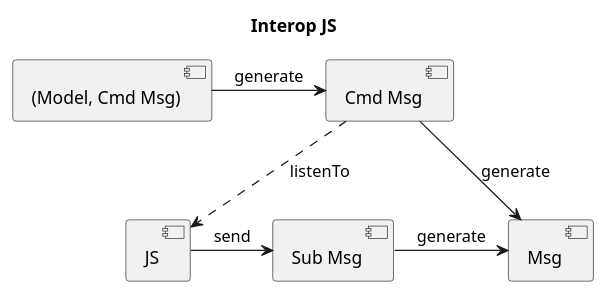
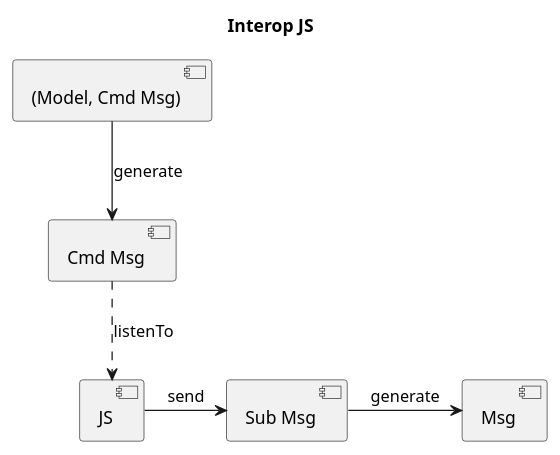
The second of 4 diagrams in elm-okta-idp/README.org (hw-hello-world/okta-signin-widget-apps), drawn with PlantUML before and after one commit. The commit also changed other lines of this file and 2 other files, not shown here.

Commit message:
🙃 polish the diagram.

```diff
--- a/elm-okta-idp/README.org
+++ b/elm-okta-idp/README.org
@@ -42,10 +42,9 @@
 #+BEGIN_SRC plantuml :file data/elm-arch-interop-js.png :results silent
 title: Interop JS
 
-[(Model, Cmd Msg)] -> [Cmd Msg]: generate
+[(Model, Cmd Msg)] -down-> [Cmd Msg]: generate
 [Cmd Msg] ..> [JS] : listenTo
 [JS] -> [Sub Msg] : send
-[Cmd Msg] -> [Msg]: generate
 [Sub Msg] -> [Msg]: generate
 
 #+END_SRC
```
